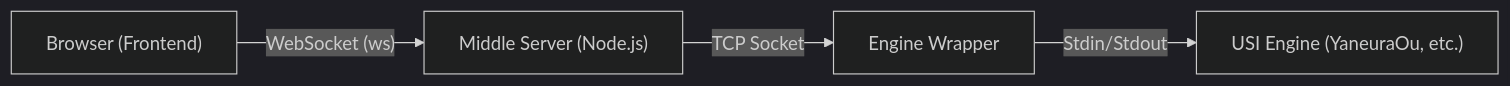
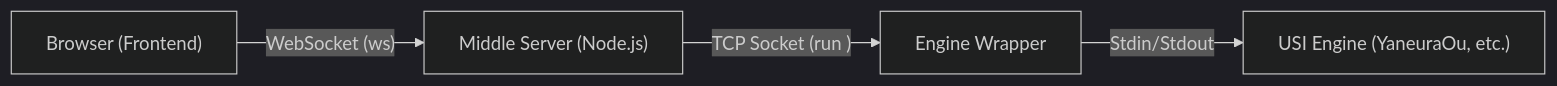
Before and after one commit to yoset77/shogihome-lan: the diagram in AGENTS.md, drawn with Mermaid (dark theme). The commit also changed other lines of this file and 31 other files, not shown here.

````diff
--- a/AGENTS.md
+++ b/AGENTS.md
@@ -44,6 +44,6 @@
 ```mermaid
 graph LR
     A["Browser (Frontend)"] -- "WebSocket (ws)" --> B["Middle Server (Node.js)"]
-    B -- "TCP Socket" --> C["Engine Wrapper"]
+    B -- "TCP Socket (run <id>)" --> C["Engine Wrapper"]
     C -- "Stdin/Stdout" --> D["USI Engine (YaneuraOu, etc.)"]
 ```
````
